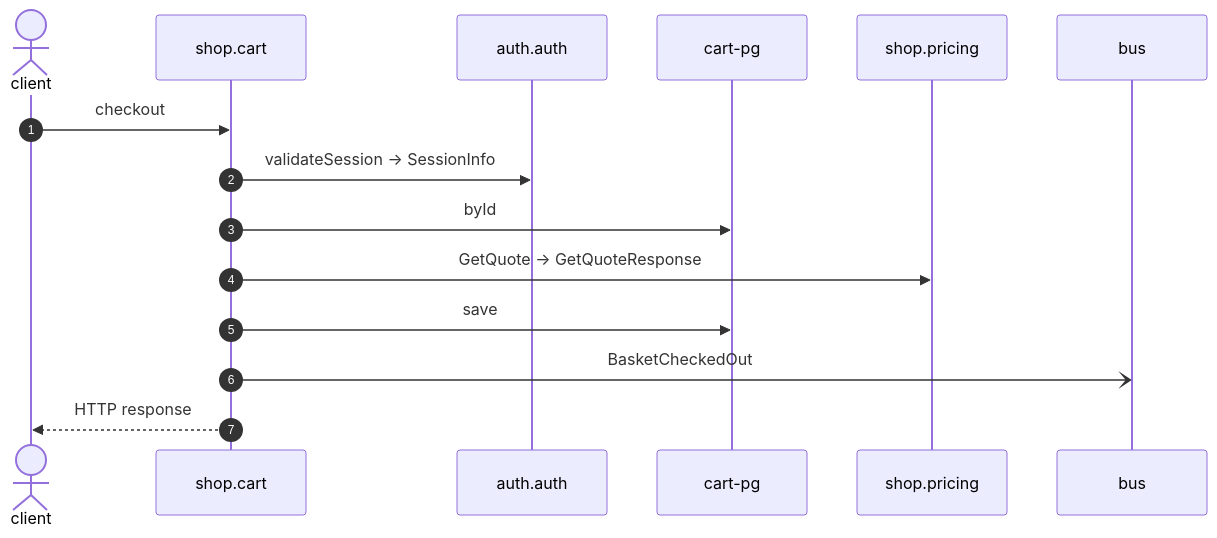
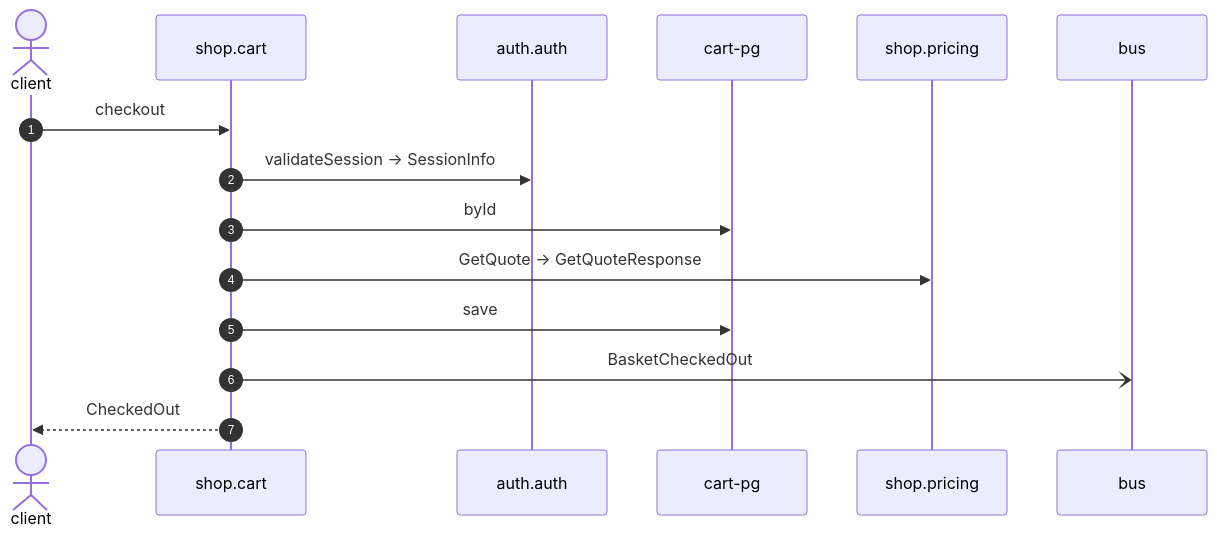
The diagram in docs/example/flows/cart-checkout.md (shortlink-org/portolan), drawn with Mermaid before and after one commit. The commit also changed other lines of this file and 82 other files, not shown here.

````diff
--- a/docs/example/flows/cart-checkout.md
+++ b/docs/example/flows/cart-checkout.md
@@ -26,17 +26,17 @@
 ```mermaid
 sequenceDiagram
     autonumber
     actor p0 as client
     participant p1 as shop.cart
     participant p2 as auth.auth
     participant p3 as cart-pg
     participant p4 as shop.pricing
     participant p5 as bus
     p0->>p1: checkout
     p1->>p2: validateSession → SessionInfo
     p1->>p3: byId
     p1->>p4: GetQuote → GetQuoteResponse
     p1->>p3: save
     p1-)p5: BasketCheckedOut
-    p1-->>p0: HTTP response
+    p1-->>p0: CheckedOut
 ```
````
